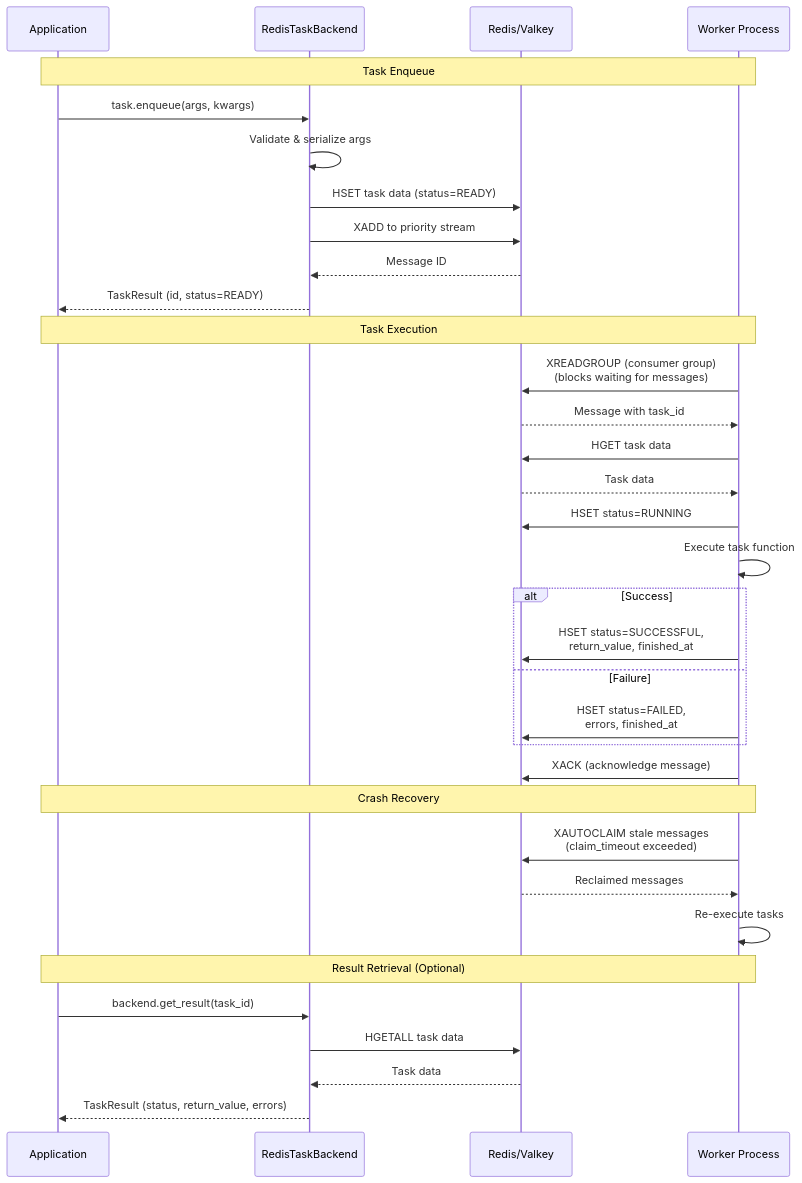
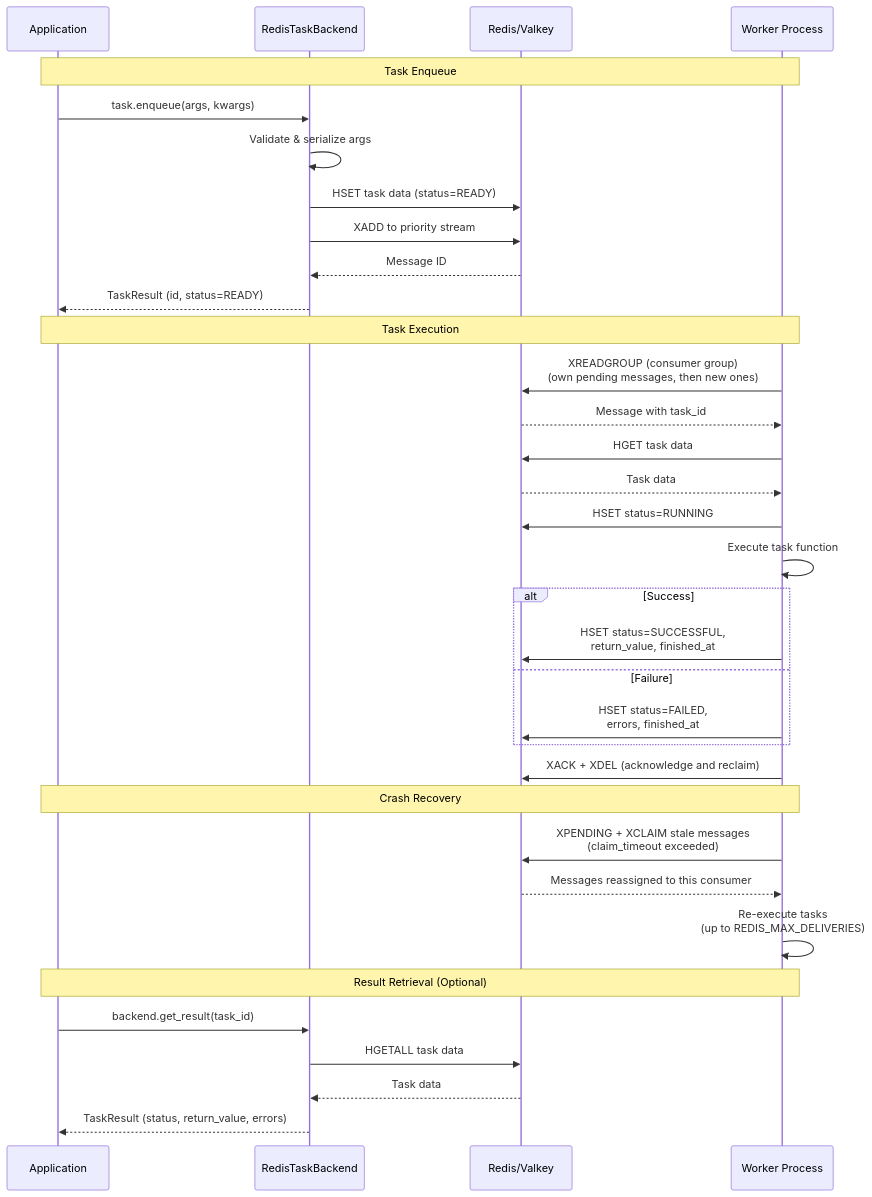
Before and after one commit to tokibito/django-tasks-redis: the diagram in README.md, drawn with Mermaid. The commit also changed other lines of this file and 9 other files, not shown here.

````diff
--- a/README.md
+++ b/README.md
@@ -23,40 +23,40 @@
 ```mermaid
 sequenceDiagram
     participant App as Application
     participant Backend as RedisTaskBackend
     participant Redis as Redis/Valkey
     participant Worker as Worker Process
 
     Note over App,Worker: Task Enqueue
     App->>Backend: task.enqueue(args, kwargs)
     Backend->>Backend: Validate & serialize args
     Backend->>Redis: HSET task data (status=READY)
     Backend->>Redis: XADD to priority stream
     Redis-->>Backend: Message ID
     Backend-->>App: TaskResult (id, status=READY)
 
     Note over App,Worker: Task Execution
-    Worker->>Redis: XREADGROUP (consumer group)<br/>(blocks waiting for messages)
+    Worker->>Redis: XREADGROUP (consumer group)<br/>(own pending messages, then new ones)
     Redis-->>Worker: Message with task_id
     Worker->>Redis: HGET task data
     Redis-->>Worker: Task data
     Worker->>Redis: HSET status=RUNNING
     Worker->>Worker: Execute task function
     alt Success
         Worker->>Redis: HSET status=SUCCESSFUL,<br/>return_value, finished_at
     else Failure
         Worker->>Redis: HSET status=FAILED,<br/>errors, finished_at
     end
-    Worker->>Redis: XACK (acknowledge message)
+    Worker->>Redis: XACK + XDEL (acknowledge and reclaim)
 
     Note over App,Worker: Crash Recovery
-    Worker->>Redis: XAUTOCLAIM stale messages<br/>(claim_timeout exceeded)
-    Redis-->>Worker: Reclaimed messages
-    Worker->>Worker: Re-execute tasks
+    Worker->>Redis: XPENDING + XCLAIM stale messages<br/>(claim_timeout exceeded)
+    Redis-->>Worker: Messages reassigned to this consumer
+    Worker->>Worker: Re-execute tasks<br/>(up to REDIS_MAX_DELIVERIES)
 
     Note over App,Worker: Result Retrieval (Optional)
     App->>Backend: backend.get_result(task_id)
     Backend->>Redis: HGETALL task data
     Redis-->>Backend: Task data
     Backend-->>App: TaskResult (status, return_value, errors)
 ```
````
